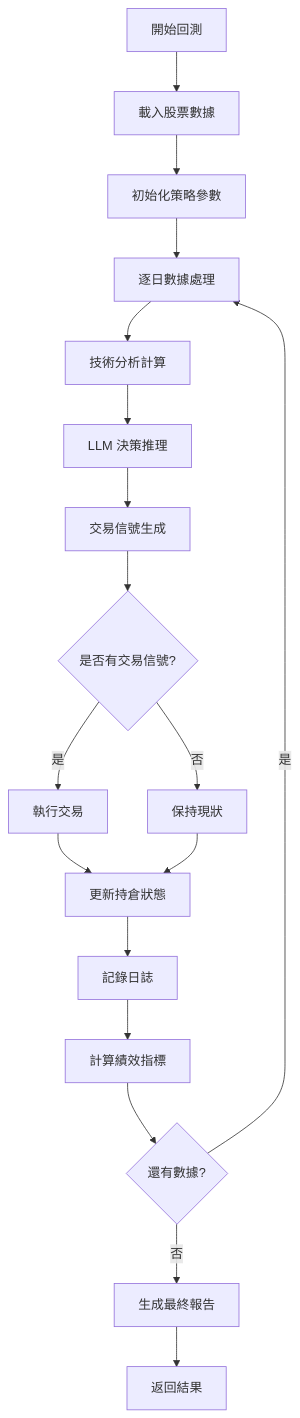
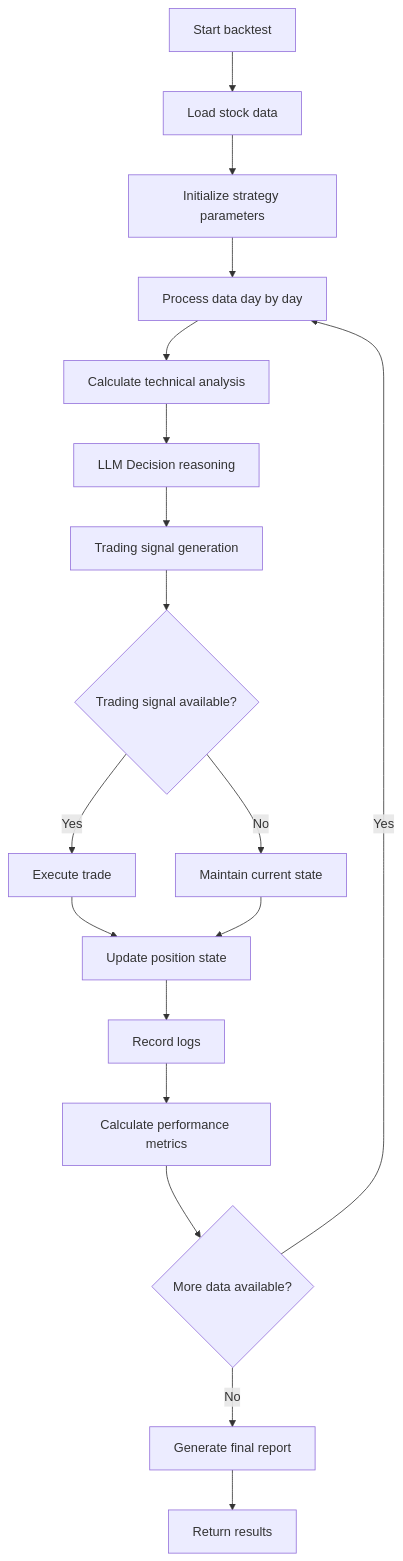
The sixth of 6 diagrams in design.md (TomeyGeneralCompany/llm-stock-trader-of-awesomeness), drawn with Mermaid before and after one commit. The commit also changed other lines of this file and 28 other files, not shown here.

````diff
--- a/design.md
+++ b/design.md
@@ -133,25 +133,25 @@
 ```mermaid
 flowchart TD
-    A[開始回測] --> B[載入股票數據]
-    B --> C[初始化策略參數]
-    C --> D[逐日數據處理]
+    A[Start backtest] --> B[Load stock data]
+    B --> C[Initialize strategy parameters]
+    C --> D[Process data day by day]
     
-    D --> E[技術分析計算]
-    E --> F[LLM 決策推理]
-    F --> G[交易信號生成]
+    D --> E[Calculate technical analysis]
+    E --> F[LLM Decision reasoning]
+    F --> G[Trading signal generation]
     
-    G --> H{是否有交易信號?}
-    H -->|是| I[執行交易]
-    H -->|否| J[保持現狀]
+    G --> H{Trading signal available?}
+    H -->|Yes| I[Execute trade]
+    H -->|No| J[Maintain current state]
     
-    I --> K[更新持倉狀態]
+    I --> K[Update position state]
     J --> K
-    K --> L[記錄日誌]
-    L --> M[計算績效指標]
+    K --> L[Record logs]
+    L --> M[Calculate performance metrics]
     
-    M --> N{還有數據?}
-    N -->|是| D
-    N -->|否| O[生成最終報告]
+    M --> N{More data available?}
+    N -->|Yes| D
+    N -->|No| O[Generate final report]
     
-    O --> P[返回結果]
+    O --> P[Return results]
 ```
````
